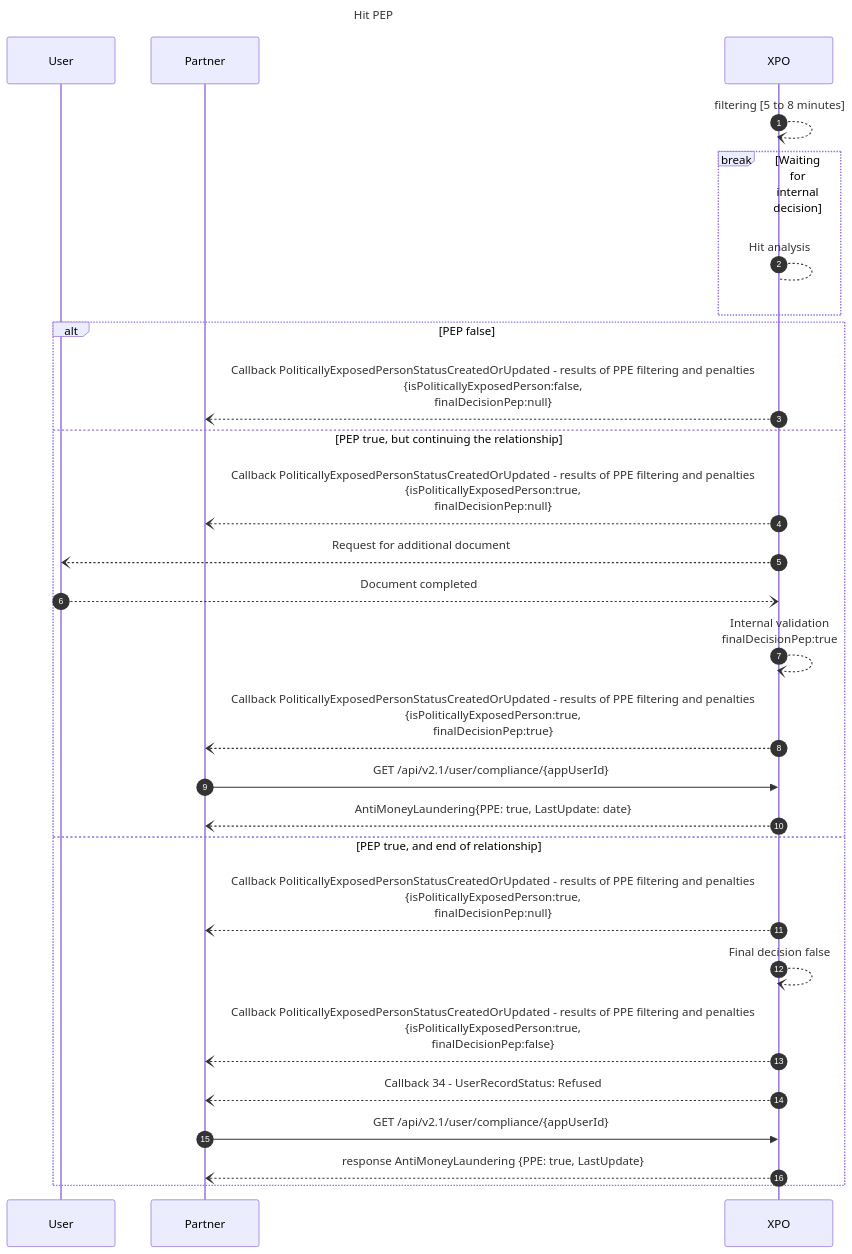
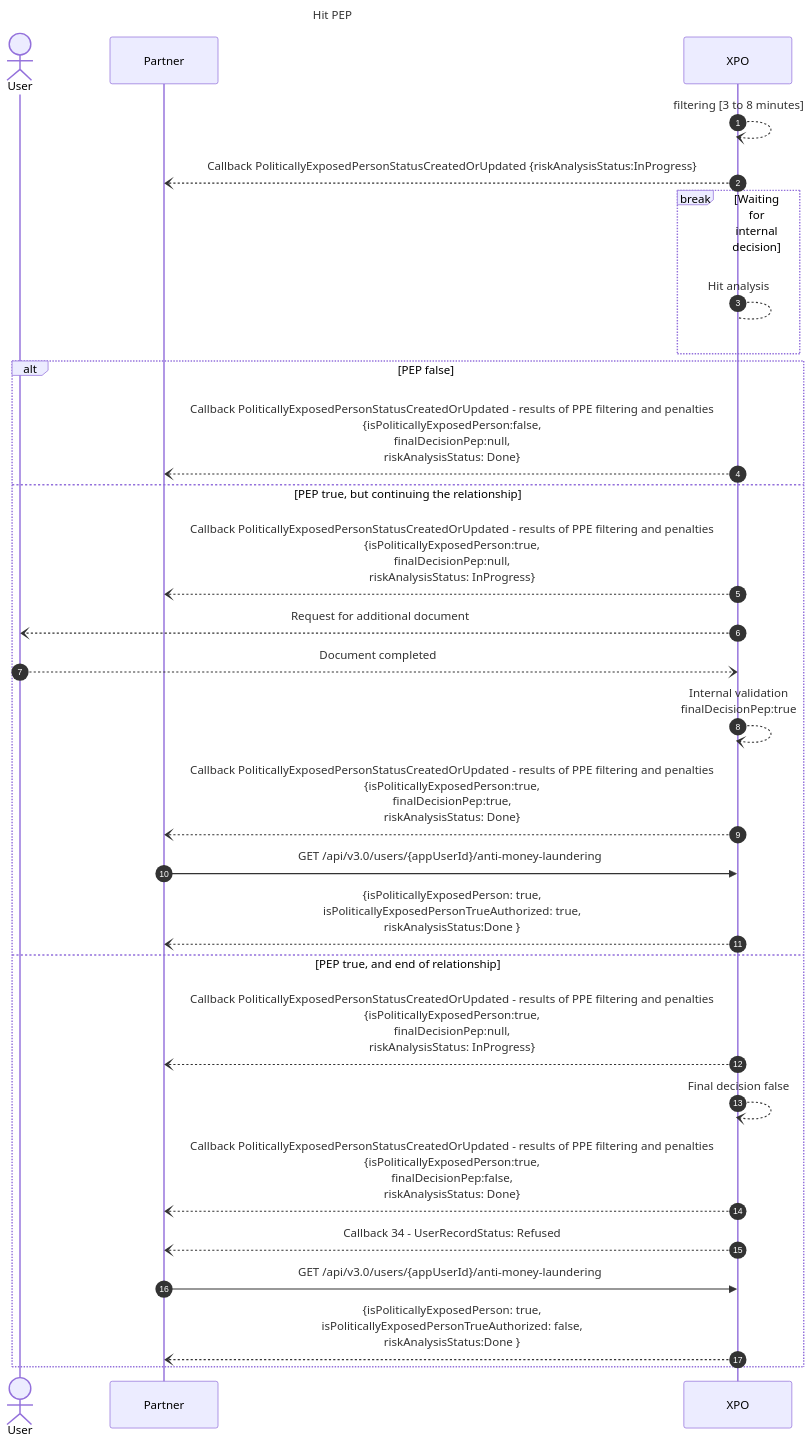
The second of 3 diagrams in docs/usecases/users/onboarding/4_filtering/filtering.md (pomme-clic/s-money-documentation), drawn with Mermaid before and after one commit. The commit also changed other lines of this file, not shown here.

First line of the commit message:
Update User Filtering Use Case

````diff
--- a/docs/usecases/users/onboarding/4_filtering/filtering.md
+++ b/docs/usecases/users/onboarding/4_filtering/filtering.md
@@ -44,35 +45,37 @@
 ```mermaid
 sequenceDiagram
 autoNumber
-Participant User
+Actor User
 Participant Partner
 Participant XPO
 Title Hit PEP
 
-XPO --) XPO: filtering [5 to 8 minutes]
+XPO --) XPO: filtering [3 to 8 minutes]
+XPO --) Partner : Callback PoliticallyExposedPersonStatusCreatedOrUpdated {riskAnalysisStatus:InProgress}
 break Waiting for internal decision
  	XPO-->XPO: Hit analysis
 end
 
 alt PEP false
-    XPO --) Partner : Callback PoliticallyExposedPersonStatusCreatedOrUpdated - results of PPE filtering and penalties <br/> {isPoliticallyExposedPerson:false,<br/> finalDecisionPep:null}
+    XPO --) Partner : Callback PoliticallyExposedPersonStatusCreatedOrUpdated - results of PPE filtering and penalties <br/> {isPoliticallyExposedPerson:false,<br/> finalDecisionPep:null,<br/> riskAnalysisStatus: Done}
 
 else PEP true, but continuing the relationship
-        XPO --) Partner : Callback PoliticallyExposedPersonStatusCreatedOrUpdated - results of PPE filtering and penalties <br/> {isPoliticallyExposedPerson:true,<br/> finalDecisionPep:null}
+        XPO --) Partner : Callback PoliticallyExposedPersonStatusCreatedOrUpdated - results of PPE filtering and penalties <br/> {isPoliticallyExposedPerson:true,<br/> finalDecisionPep:null,<br/> riskAnalysisStatus: InProgress}
 		XPO --) User: Request for additional document
 		User --) XPO: Document completed
         XPO --)XPO: Internal validation <br/> finalDecisionPep:true
-        XPO --) Partner : Callback PoliticallyExposedPersonStatusCreatedOrUpdated - results of PPE filtering and penalties <br/> {isPoliticallyExposedPerson:true,<br/> finalDecisionPep:true}
-	Partner ->> XPO: GET /api/v2.1/user/compliance/{appUserId}
-	XPO --) Partner: AntiMoneyLaundering{PPE: true, LastUpdate: date}	
+        XPO --) Partner : Callback PoliticallyExposedPersonStatusCreatedOrUpdated - results of PPE filtering and penalties <br/> {isPoliticallyExposedPerson:true,<br/> finalDecisionPep:true,<br/> riskAnalysisStatus: Done}
+
+      Partner ->> XPO: GET /api/v3.0/users/{appUserId}/anti-money-laundering
+    XPO --) Partner: {isPoliticallyExposedPerson: true,<br/> isPoliticallyExposedPersonTrueAuthorized: true,<br/> riskAnalysisStatus:Done }	
 
 else PEP true, and end of relationship
-    XPO --) Partner : Callback PoliticallyExposedPersonStatusCreatedOrUpdated - results of PPE filtering and penalties <br/> {isPoliticallyExposedPerson:true,<br/> finalDecisionPep:null}
+    XPO --) Partner : Callback PoliticallyExposedPersonStatusCreatedOrUpdated - results of PPE filtering and penalties <br/> {isPoliticallyExposedPerson:true,<br/> finalDecisionPep:null,<br/> riskAnalysisStatus: InProgress}
     XPO --)XPO: Final decision false
-    XPO --) Partner : Callback PoliticallyExposedPersonStatusCreatedOrUpdated - results of PPE filtering and penalties <br/> {isPoliticallyExposedPerson:true,<br/> finalDecisionPep:false}
+    XPO --) Partner : Callback PoliticallyExposedPersonStatusCreatedOrUpdated - results of PPE filtering and penalties <br/> {isPoliticallyExposedPerson:true,<br/> finalDecisionPep:false,<br/> riskAnalysisStatus: Done}
     XPO --) Partner : Callback 34 - UserRecordStatus: Refused
-	Partner ->> XPO: GET /api/v2.1/user/compliance/{appUserId}
-    XPO --) Partner : response AntiMoneyLaundering {PPE: true, LastUpdate}
+    Partner ->> XPO: GET /api/v3.0/users/{appUserId}/anti-money-laundering
+    XPO --) Partner : {isPoliticallyExposedPerson: true,<br/> isPoliticallyExposedPersonTrueAuthorized: false,<br/> riskAnalysisStatus:Done }
 
 end
 ```
````
